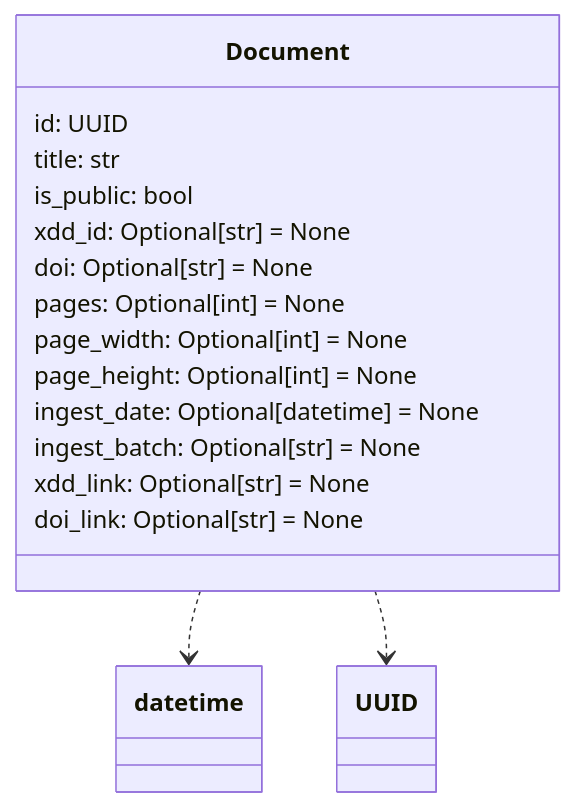
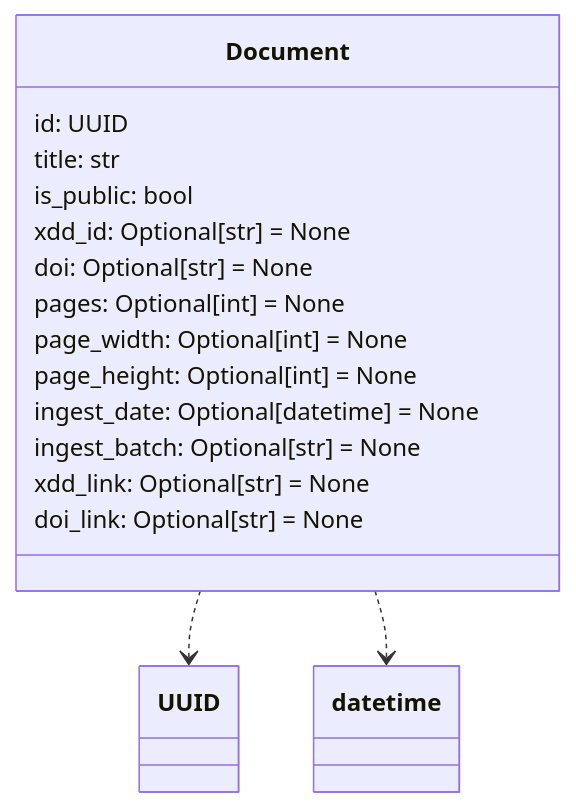
Before and after one commit to UW-xDD/cdr_schemas: the eighth of 9 diagrams in README.md, drawn with Mermaid. The commit also changed other lines of this file and 2 other files, not shown here.

Commit message:
add document extraction ver 0

````diff
--- a/README.md
+++ b/README.md
@@ -562,23 +562,23 @@
 ```mermaid
 classDiagram
 
     class Document {
         id: UUID
         title: str
         is_public: bool
         xdd_id: Optional[str] = None
         doi: Optional[str] = None
         pages: Optional[int] = None
         page_width: Optional[int] = None
         page_height: Optional[int] = None
         ingest_date: Optional[datetime] = None
         ingest_batch: Optional[str] = None
         xdd_link: Optional[str] = None
         doi_link: Optional[str] = None
     }
 
+    Document ..> UUID
     Document ..> datetime
-    Document ..> UUID
 
 
 ```
````
